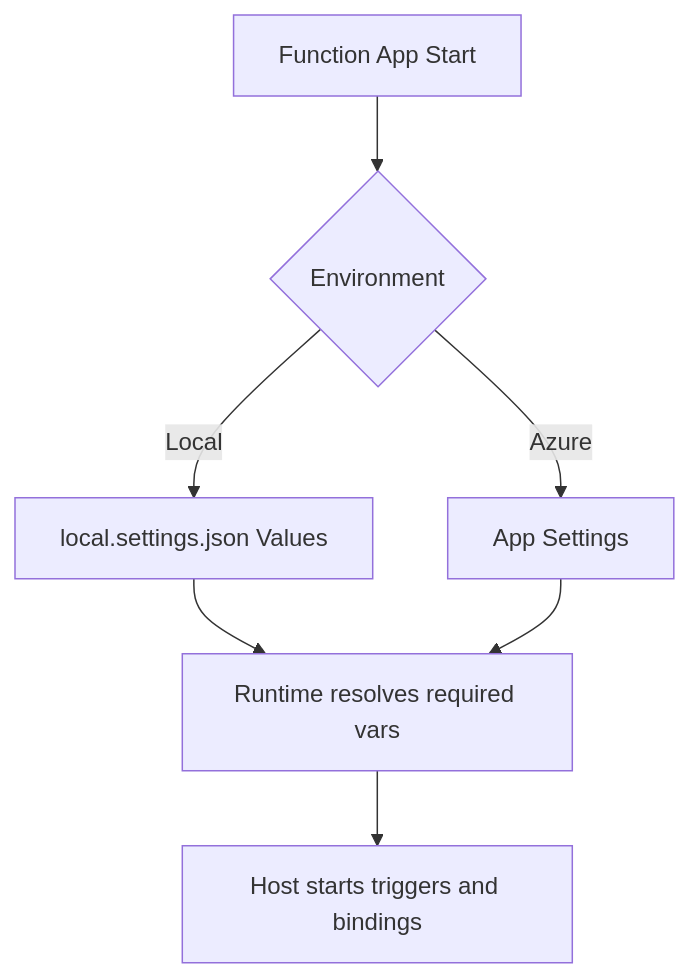
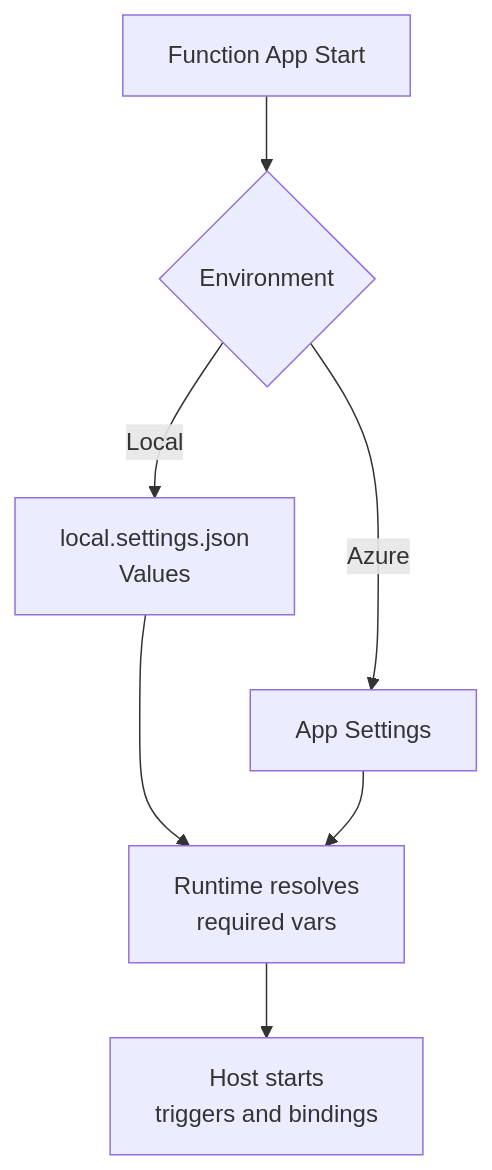
The diagram in docs/reference/environment-variables.md (yeongseon/azure-functions-practical-guide), drawn with Mermaid before and after one commit. The commit also changed other lines of this file and 1 other file, not shown here.

Commit message:
docs(diagrams): clarify local and Azure settings lookup (#549)
Preserve both environment branches and outcomes while wrapping labels and documenting the scoped host configuration override.

Refs #373

````diff
--- a/docs/reference/environment-variables.md
+++ b/docs/reference/environment-variables.md
@@ -20,9 +23,13 @@
 ```mermaid
 flowchart TD
+    accTitle: Local or Azure application-setting lookup
+    accDescr: Simplified startup flow branches by environment to local.settings.json Values or Azure App Settings, then rejoins at required-variable resolution and host trigger and binding startup. It is not a complete startup trace or a guarantee that configuration is valid.
     A[Function App Start] --> B{Environment}
-    B -->|Local| C[local.settings.json Values]
+    B -->|Local| C[local.settings.json<br/>Values]
     B -->|Azure| D[App Settings]
-    C --> E[Runtime resolves required vars]
+    C --> E[Runtime resolves<br/>required vars]
     D --> E
-    E --> F[Host starts triggers and bindings]
+    E --> F[Host starts<br/>triggers and bindings]
+    %% Layout-only tier: adds no startup step, branch or precedence relationship.
+    C ~~~ D
 ```
````
